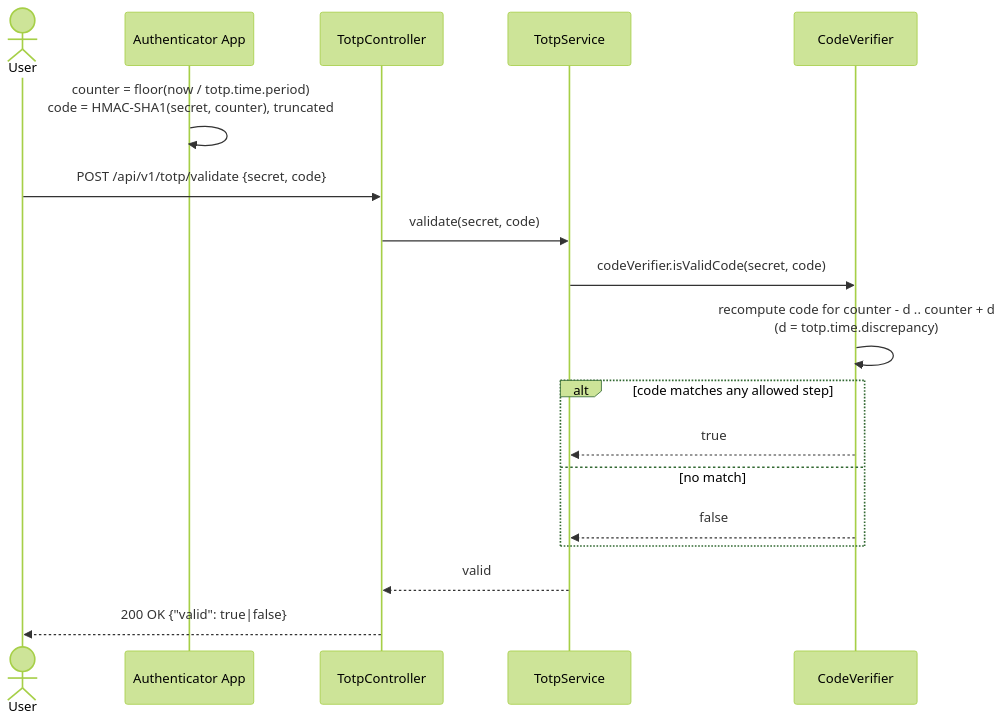
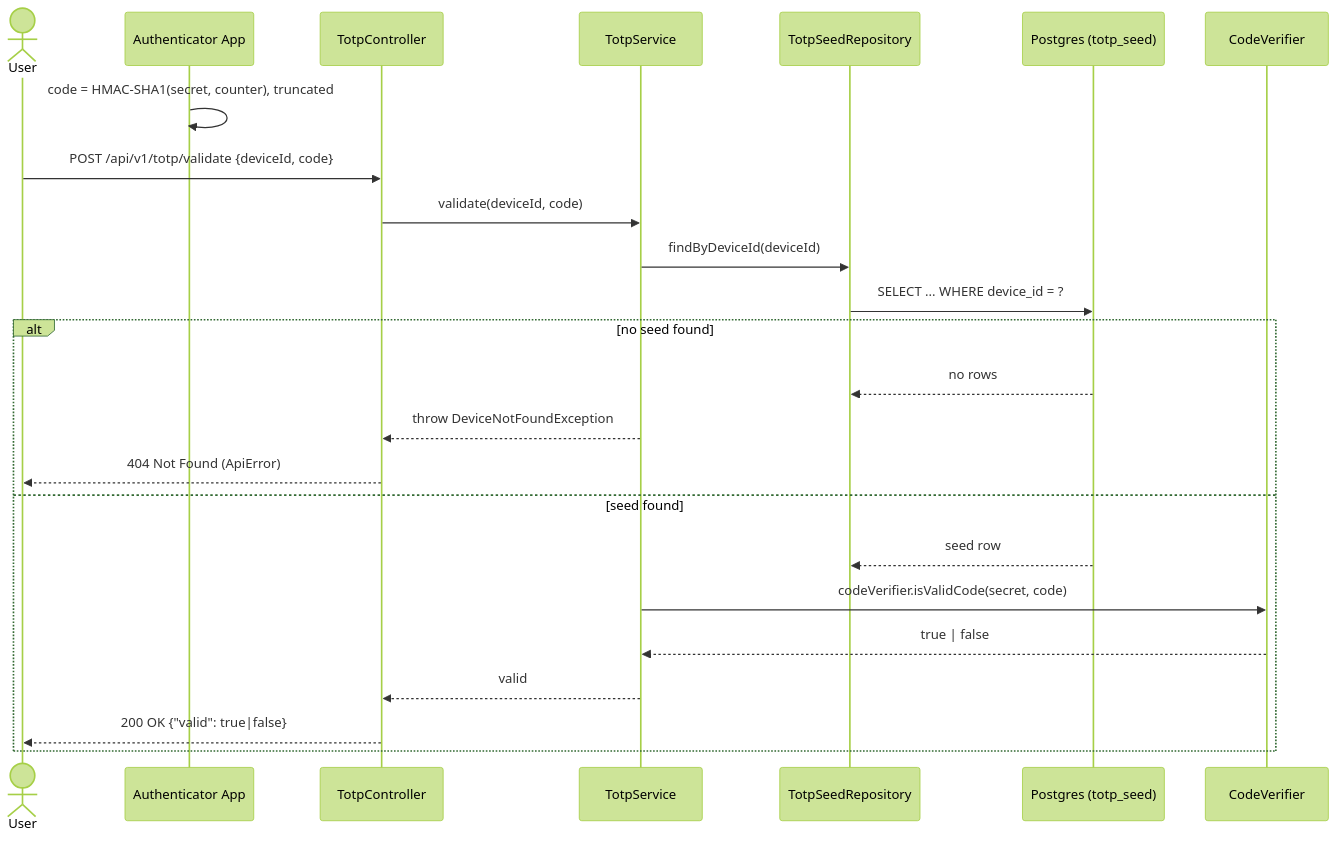
Before and after one commit to himnay/learning-totp: the fourth of 5 diagrams in README.md, drawn with Mermaid (forest theme). The commit also changed other lines of this file and 31 other files, not shown here.

First line of the commit message:
Persist the TOTP seed per device and add recovery codes with REST APIs

````diff
--- a/README.md
+++ b/README.md
@@ -252,21 +326,27 @@
 ```mermaid
 sequenceDiagram
     actor User
     participant App as Authenticator App
     participant API as TotpController
     participant Svc as TotpService
+    participant Repo as TotpSeedRepository
+    participant DB as Postgres (totp_seed)
     participant Ver as CodeVerifier
 
-    App->>App: counter = floor(now / totp.time.period)<br/>code = HMAC-SHA1(secret, counter), truncated
-    User->>API: POST /api/v1/totp/validate {secret, code}
-    API->>Svc: validate(secret, code)
-    Svc->>Ver: codeVerifier.isValidCode(secret, code)
-    Ver->>Ver: recompute code for counter - d .. counter + d<br/>(d = totp.time.discrepancy)
-    alt code matches any allowed step
-        Ver-->>Svc: true
-    else no match
-        Ver-->>Svc: false
+    App->>App: code = HMAC-SHA1(secret, counter), truncated
+    User->>API: POST /api/v1/totp/validate {deviceId, code}
+    API->>Svc: validate(deviceId, code)
+    Svc->>Repo: findByDeviceId(deviceId)
+    Repo->>DB: SELECT ... WHERE device_id = ?
+    alt no seed found
+        DB-->>Repo: no rows
+        Svc-->>API: throw DeviceNotFoundException
+        API-->>User: 404 Not Found (ApiError)
+    else seed found
+        DB-->>Repo: seed row
+        Svc->>Ver: codeVerifier.isValidCode(secret, code)
+        Ver-->>Svc: true | false
+        Svc-->>API: valid
+        API-->>User: 200 OK {"valid": true|false}
     end
-    Svc-->>API: valid
-    API-->>User: 200 OK {"valid": true|false}
 ```
````
